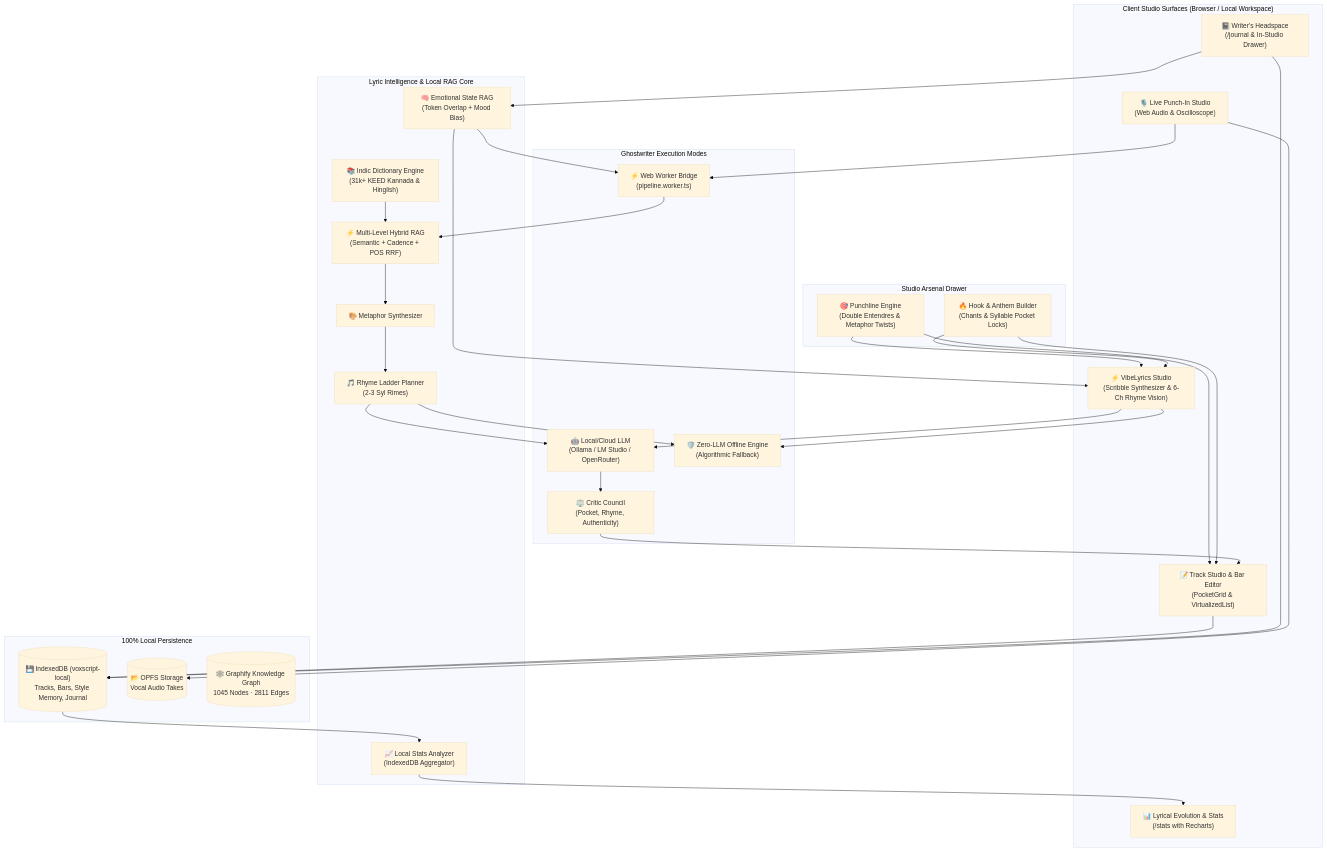
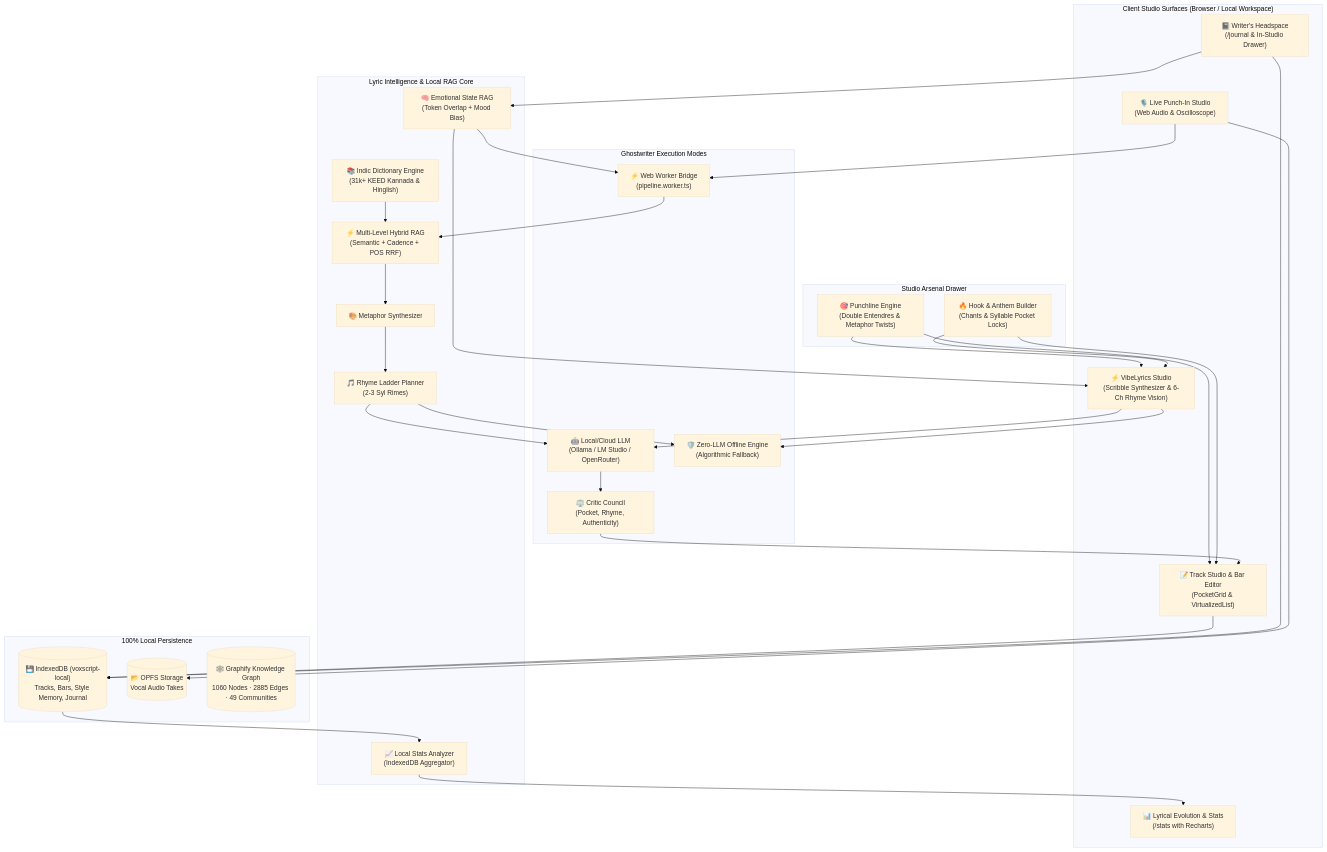
One commit to ChiragNSundar/VibeVox changed the second of 2 diagrams in README.md. Above: the diagram before and after it, drawn with Mermaid (base theme). The commit also changed other lines of this file, not shown here.

````diff
--- a/README.md
+++ b/README.md
@@ -104,67 +104,67 @@
 ```mermaid
 flowchart TD
     subgraph StudioSurfaces["Client Studio Surfaces (Browser / Local Workspace)"]
         LiveStudio["🎙️ Live Punch-In Studio\n(Web Audio & Oscilloscope)"]
         LyricEditor["📝 Track Studio & Bar Editor\n(PocketGrid & VirtualizedList)"]
         VibeStudio["⚡ VibeLyrics Studio\n(Scribble Synthesizer & 6-Ch Rhyme Vision)"]
         JournalPage["📓 Writer's Headspace\n(/journal & In-Studio Drawer)"]
         StatsDashboard["📊 Lyrical Evolution & Stats\n(/stats with Recharts)"]
     end
 
     subgraph StudioArsenalLayer["Studio Arsenal Drawer"]
         PunchlineEngine["🎯 Punchline Engine\n(Double Entendres & Metaphor Twists)"]
         HookEngine["🔥 Hook & Anthem Builder\n(Chants & Syllable Pocket Locks)"]
     end
 
     subgraph IntelligenceEngine["Lyric Intelligence & Local RAG Core"]
         JournalRAG["🧠 Emotional State RAG\n(Token Overlap + Mood Bias)"]
         HybridRAG["⚡ Multi-Level Hybrid RAG\n(Semantic + Cadence + POS RRF)"]
         MetaphorSynth["🎨 Metaphor Synthesizer"]
         RhymePlanner["🎵 Rhyme Ladder Planner\n(2-3 Syl Rimes)"]
         DictEngine["📚 Indic Dictionary Engine\n(31k+ KEED Kannada & Hinglish)"]
         StatsEngine["📈 Local Stats Analyzer\n(IndexedDB Aggregator)"]
     end
 
     subgraph ExecutionModes["Ghostwriter Execution Modes"]
         PipelineWorker["⚡ Web Worker Bridge\n(pipeline.worker.ts)"]
         LocalLLM["🤖 Local/Cloud LLM\n(Ollama / LM Studio / OpenRouter)"]
         ZeroLLMRAG["🛡️ Zero-LLM Offline Engine\n(Algorithmic Fallback)"]
         CriticCouncil["⚖️ Critic Council\n(Pocket, Rhyme, Authenticity)"]
     end
 
     subgraph StorageLayer["100% Local Persistence"]
         IndexedDB[("💾 IndexedDB (voxscript-local)\nTracks, Bars, Style Memory, Journal")]
         OPFS[("📂 OPFS Storage\nVocal Audio Takes")]
-        GraphifyKG[("🕸️ Graphify Knowledge Graph\n1045 Nodes · 2811 Edges")]
+        GraphifyKG[("🕸️ Graphify Knowledge Graph\n1060 Nodes · 2885 Edges · 49 Communities")]
     end
 
     LiveStudio --> OPFS
     LiveStudio --> PipelineWorker
     LyricEditor --> IndexedDB
     JournalPage --> IndexedDB
 
     JournalPage --> JournalRAG
     JournalRAG --> PipelineWorker
     JournalRAG --> VibeStudio
 
     PunchlineEngine --> LyricEditor
     PunchlineEngine --> VibeStudio
     HookEngine --> LyricEditor
     HookEngine --> VibeStudio
 
     VibeStudio --> LocalLLM
     VibeStudio --> ZeroLLMRAG
 
     PipelineWorker --> HybridRAG
     DictEngine --> HybridRAG
     HybridRAG --> MetaphorSynth
     MetaphorSynth --> RhymePlanner
 
     RhymePlanner --> LocalLLM
     RhymePlanner --> ZeroLLMRAG
     LocalLLM --> CriticCouncil
     CriticCouncil --> LyricEditor
 
     IndexedDB --> StatsEngine
     StatsEngine --> StatsDashboard
 ```
````
